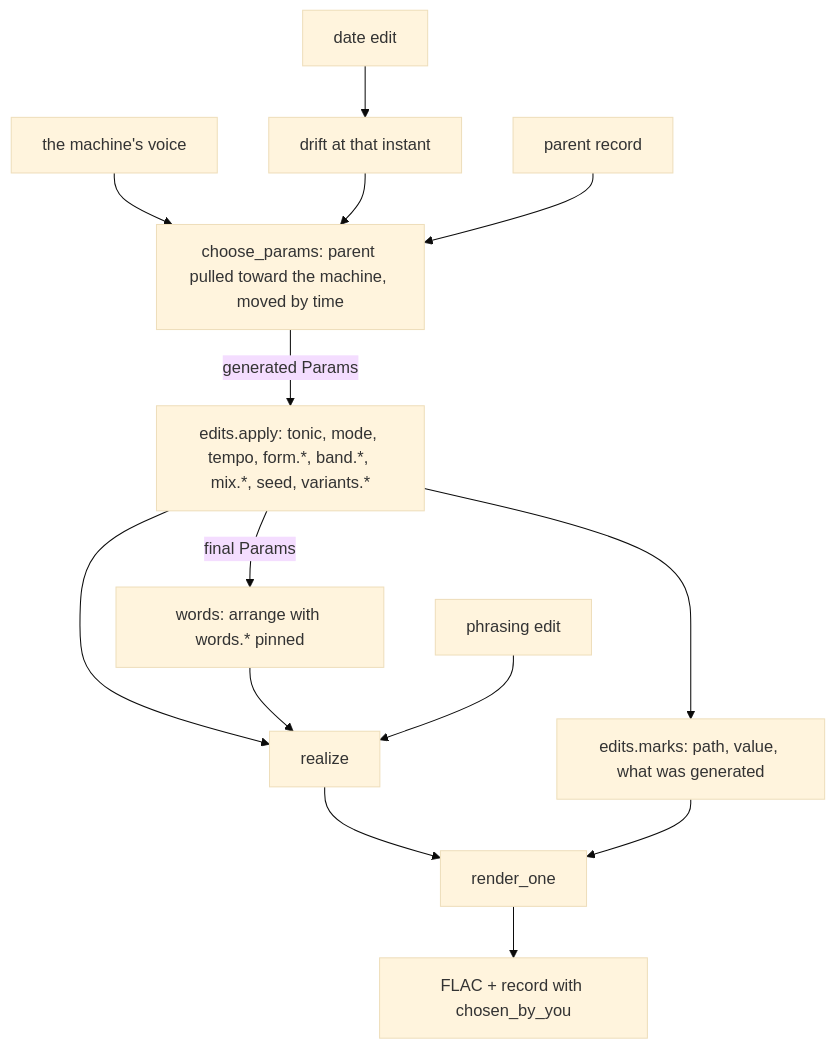
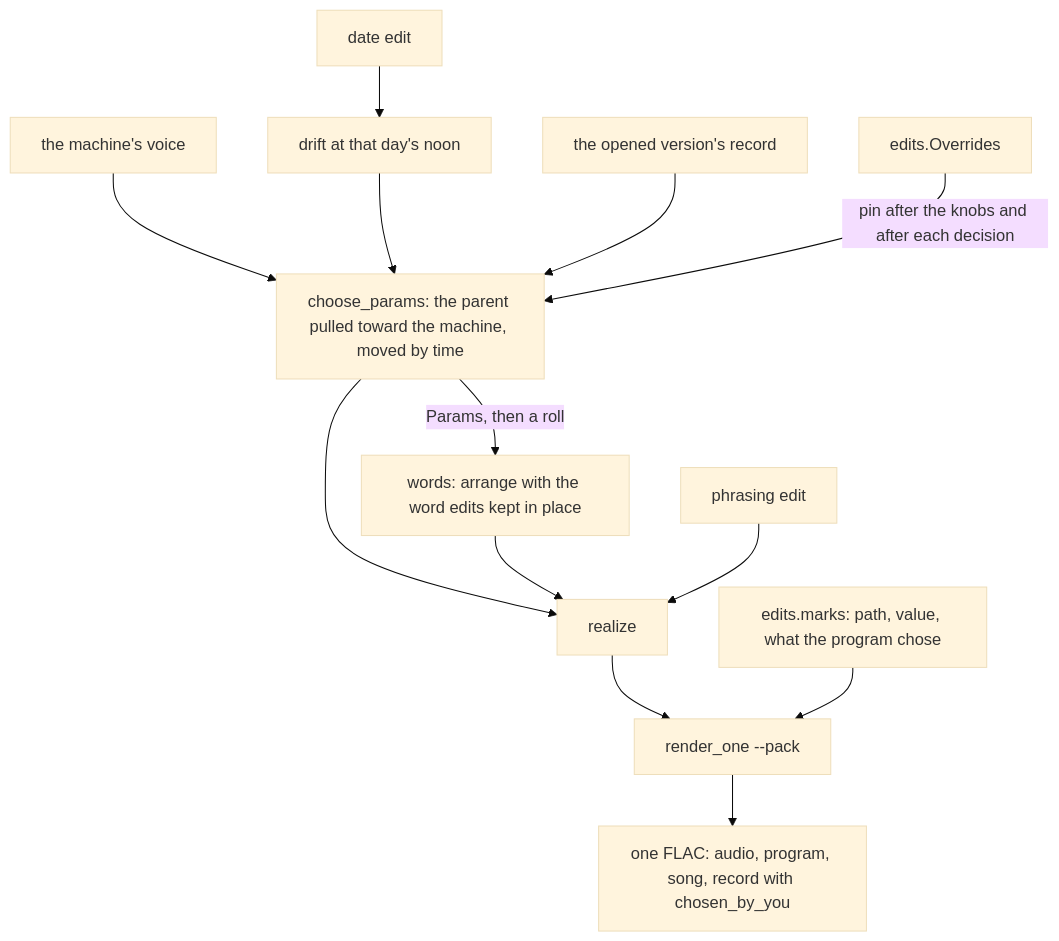
Before and after one commit to quadule/now-its-by-you: the second of 2 diagrams in docs/STUDIO.md, drawn with Mermaid (base theme). The commit also changed other lines of this file and 1 other file, not shown here.

Commit message:
docs: the studio as built: running it from a checkout or a packet, the screen, how edits flow, why each choice is said, what was checked, and the artist's decisions

````diff
--- a/docs/STUDIO.md
+++ b/docs/STUDIO.md
@@ -168,16 +198,15 @@
 ```mermaid
 flowchart TD
-  D[date edit] --> T[drift at that instant]
+  D[date edit] --> T[drift at that day's noon]
   V[the machine's voice] --> CP
-  T --> CP[choose_params: parent pulled toward the machine, moved by time]
-  P[parent record] --> CP
-  CP -->|generated Params| AP[edits.apply: tonic, mode, tempo, form.*, band.*, mix.*, seed, variants.*]
-  AP -->|final Params| W[words: arrange with words.* pinned]
-  AP --> RZ[realize]
+  T --> CP[choose_params: the parent pulled toward the machine, moved by time]
+  P[the opened version's record] --> CP
+  E[edits.Overrides] -->|pin after the knobs and after each decision| CP
+  CP -->|Params, then a roll| W[words: arrange with the word edits kept in place]
+  CP --> RZ[realize]
   W --> RZ
   PH[phrasing edit] --> RZ
-  RZ --> RN[render_one]
-  AP --> M[edits.marks: path, value, what was generated]
-  M --> RN
-  RN --> F[FLAC + record with chosen_by_you]
+  RZ --> RN[render_one --pack]
+  M[edits.marks: path, value, what the program chose] --> RN
+  RN --> F[one FLAC: audio, program, song, record with chosen_by_you]
 ```
````
